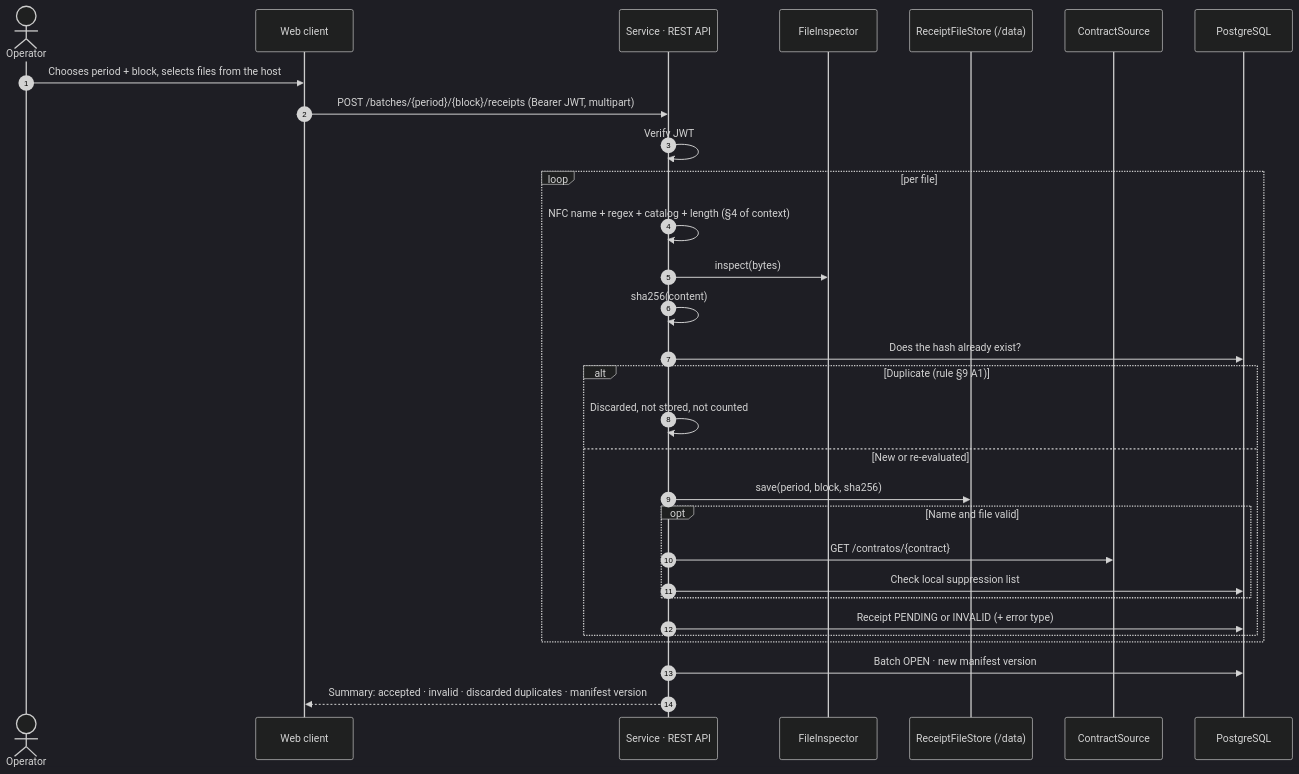
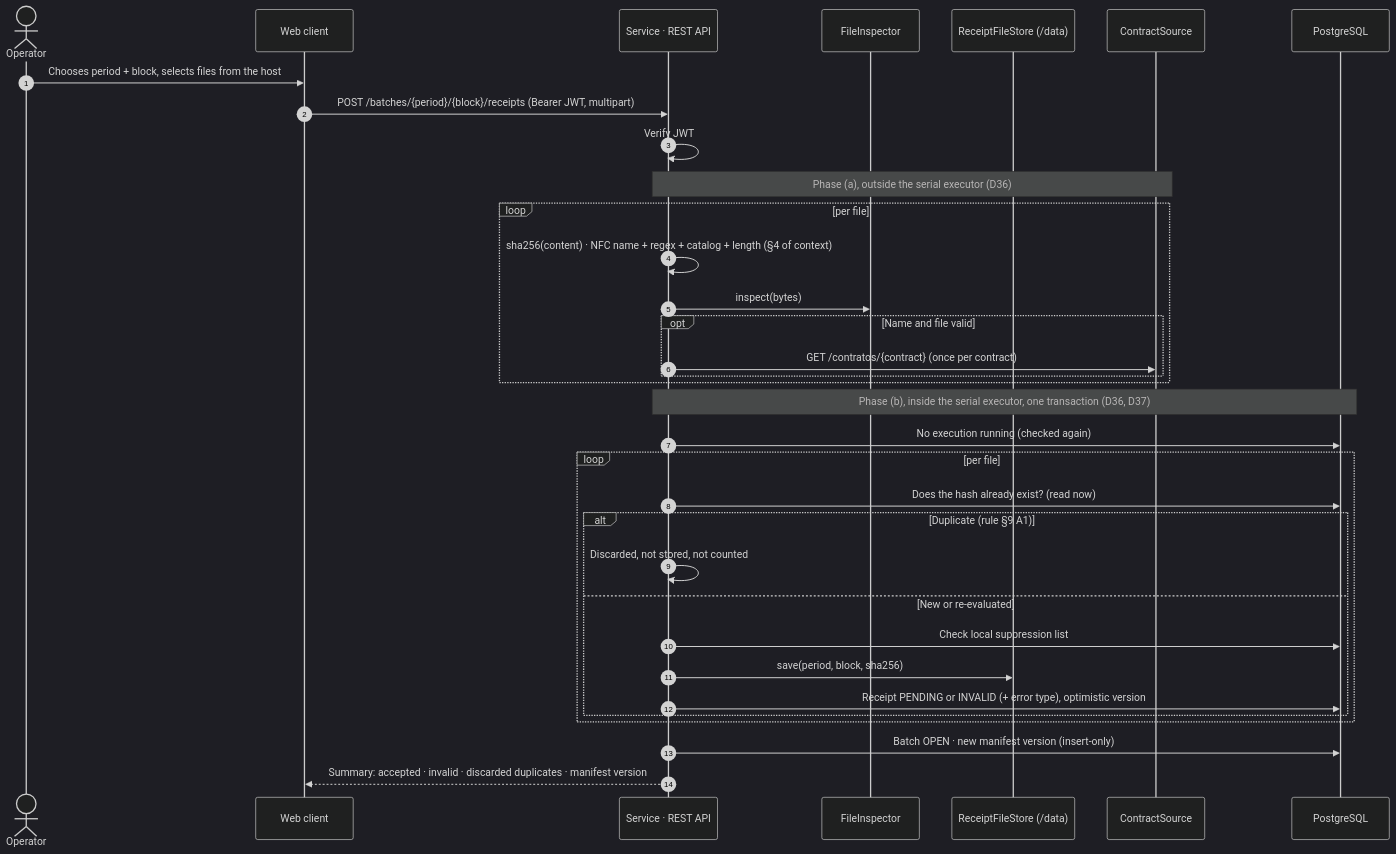
The second of 6 diagrams in docs/architecture/arquitectura.md (Ramioy/bulk-mailer-backend), drawn with Mermaid (dark theme) before and after one commit. The commit also changed other lines of this file and 3 other files, not shown here.

````diff
--- a/docs/architecture/arquitectura.md
+++ b/docs/architecture/arquitectura.md
@@ -100,33 +100,37 @@
 ```mermaid
 sequenceDiagram
     autonumber
     actor Op as Operator
     participant W as Web client
     participant API as Service · REST API
     participant INS as FileInspector
     participant FS as ReceiptFileStore (/data)
     participant SRC as ContractSource
     participant DB as PostgreSQL
 
     Op->>W: Chooses period + block, selects files from the host
     W->>API: POST /batches/{period}/{block}/receipts (Bearer JWT, multipart)
     API->>API: Verify JWT
+    Note over API,SRC: Phase (a), outside the serial executor (D36)
     loop per file
-        API->>API: NFC name + regex + catalog + length (§4 of context)
+        API->>API: sha256(content) · NFC name + regex + catalog + length (§4 of context)
         API->>INS: inspect(bytes)
-        API->>API: sha256(content)
-        API->>DB: Does the hash already exist?
+        opt Name and file valid
+            API->>SRC: GET /contratos/{contract} (once per contract)
+        end
+    end
+    Note over API,DB: Phase (b), inside the serial executor, one transaction (D36, D37)
+    API->>DB: No execution running (checked again)
+    loop per file
+        API->>DB: Does the hash already exist? (read now)
         alt Duplicate (rule §9 A1)
             API->>API: Discarded, not stored, not counted
         else New or re-evaluated
+            API->>DB: Check local suppression list
             API->>FS: save(period, block, sha256)
-            opt Name and file valid
-                API->>SRC: GET /contratos/{contract}
-                API->>DB: Check local suppression list
-            end
-            API->>DB: Receipt PENDING or INVALID (+ error type)
+            API->>DB: Receipt PENDING or INVALID (+ error type), optimistic version
         end
     end
-    API->>DB: Batch OPEN · new manifest version
+    API->>DB: Batch OPEN · new manifest version (insert-only)
     API-->>W: Summary: accepted · invalid · discarded duplicates · manifest version
 ```
````
